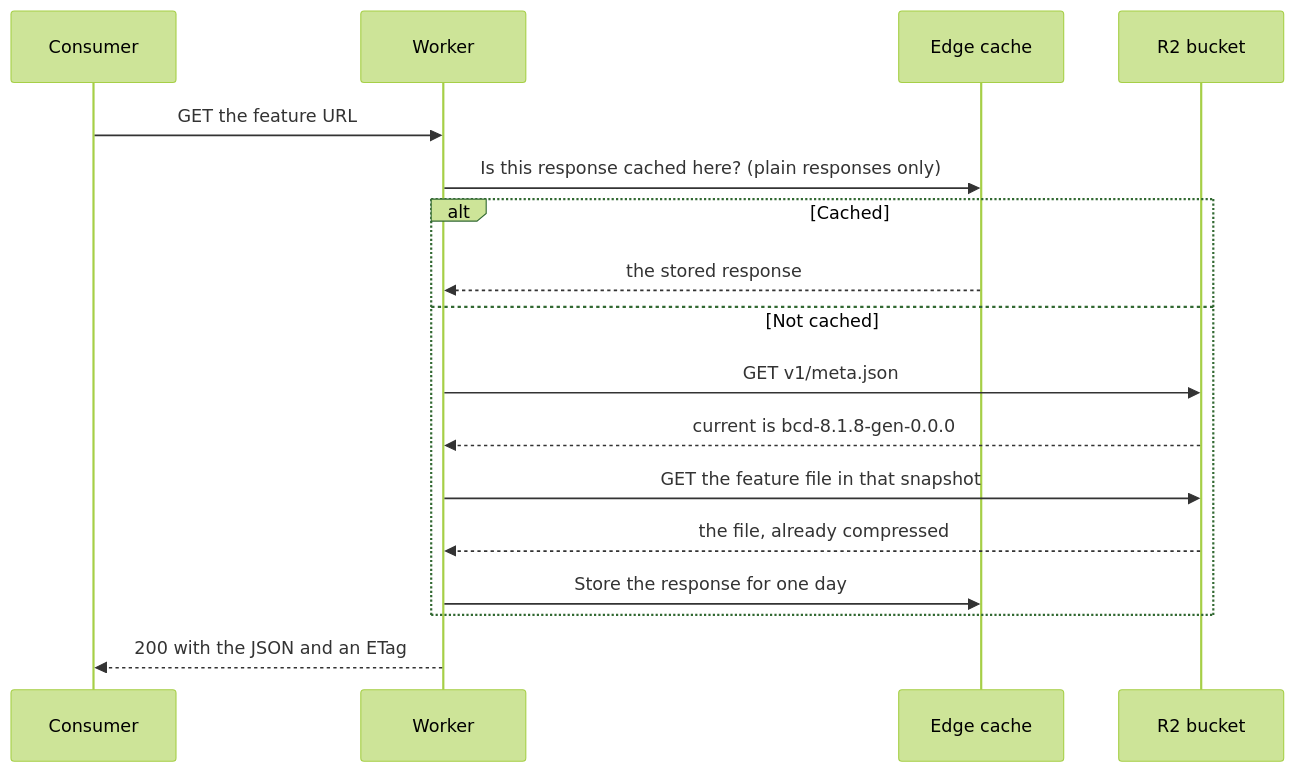
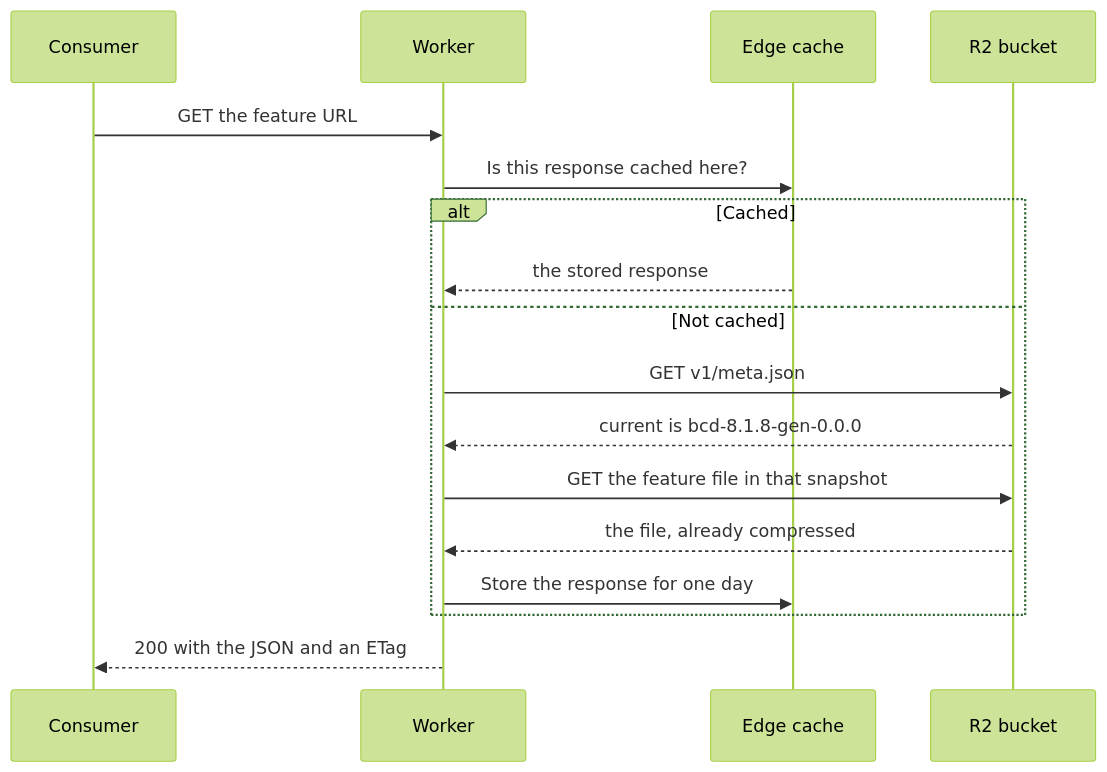
The second of 2 diagrams in apps/website/src/content/docs/index.md (schalkneethling/bcd-embed), drawn with Mermaid (forest theme) before and after one commit. The commit also changed other lines of this file and 7 other files, not shown here.

````diff
--- a/apps/website/src/content/docs/index.md
+++ b/apps/website/src/content/docs/index.md
@@ -68,20 +68,20 @@
 ```mermaid
 sequenceDiagram
     participant C as Consumer
     participant W as Worker
     participant E as Edge cache
     participant R as R2 bucket
 
     C->>W: GET the feature URL
-    W->>E: Is this response cached here? (plain responses only)
+    W->>E: Is this response cached here?
     alt Cached
         E-->>W: the stored response
     else Not cached
         W->>R: GET v1/meta.json
         R-->>W: current is bcd-8.1.8-gen-0.0.0
         W->>R: GET the feature file in that snapshot
         R-->>W: the file, already compressed
         W->>E: Store the response for one day
     end
     W-->>C: 200 with the JSON and an ETag
 ```
````
